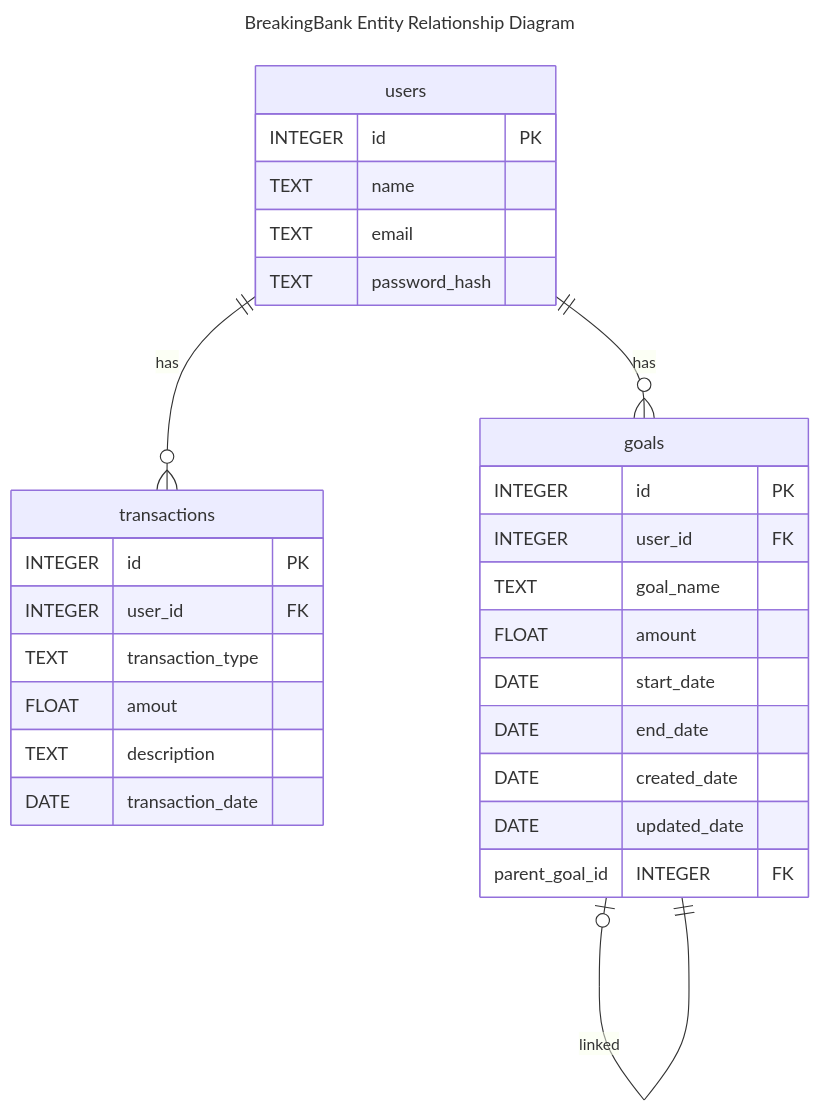
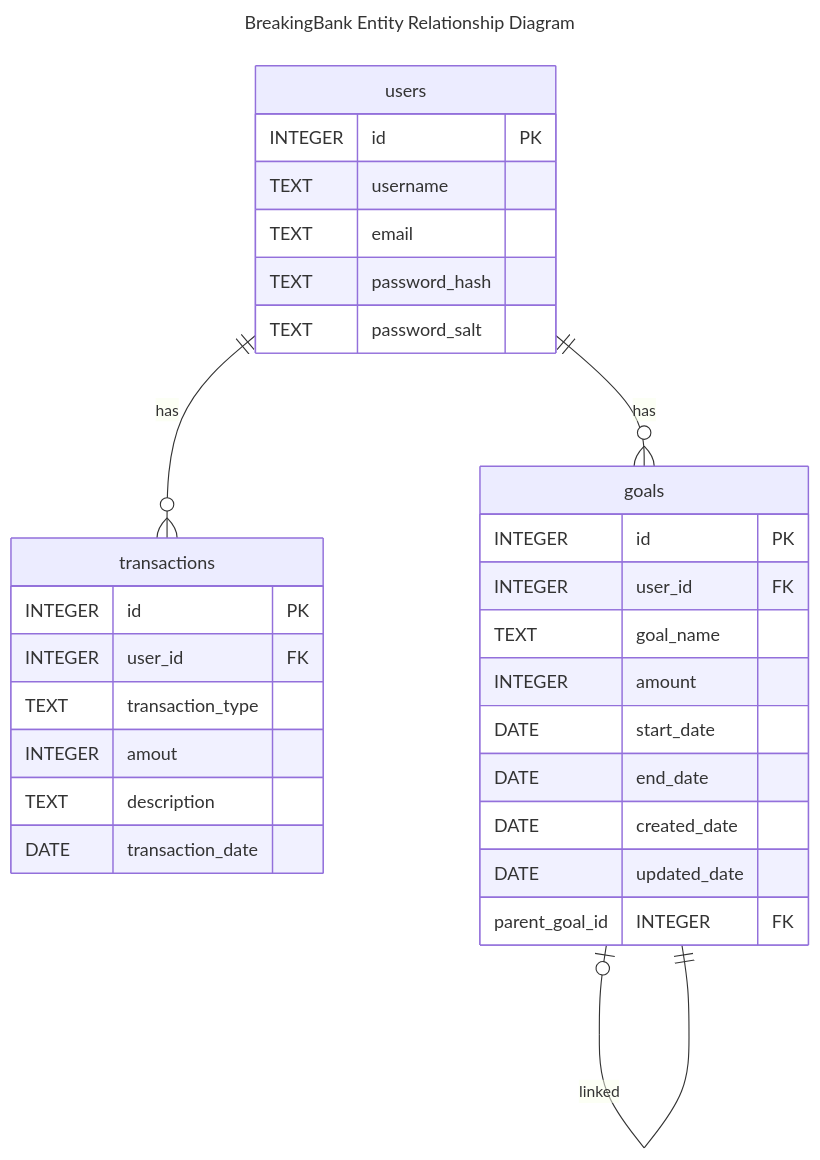
One commit to AlexandriaParkCS/2026-y12-SE-PhilipYaroshchyk-pwa-obsidian-portfolio changed the diagram in 02. My Portfolio/3. Application Design/AD-05 Entity Relationship Diagrams.md. Above: the diagram before and after it, drawn with Mermaid. The commit also changed 21 other files, not shown here.

````diff
--- a/02. My Portfolio/3. Application Design/AD-05 Entity Relationship Diagrams.md
+++ b/02. My Portfolio/3. Application Design/AD-05 Entity Relationship Diagrams.md
@@ -2,34 +2,35 @@
 ``` mermaid
 --- 
 title: BreakingBank Entity Relationship Diagram
 --- 
 erDiagram
     users one -- many transactions : has
     users {
         INTEGER id PK
-        TEXT name
+        TEXT username
         TEXT email
         TEXT password_hash
+        TEXT password_salt
     }
     transactions {
         INTEGER id PK
         INTEGER user_id FK
         TEXT transaction_type
-        FLOAT amout
+        INTEGER amout
         TEXT description
         DATE transaction_date
     }
     users one -- many goals : has
     goals one or zero -- one goals : linked
     goals {
 	    INTEGER id PK
 	    INTEGER user_id FK
 	    TEXT goal_name
-	    FLOAT amount
+	    INTEGER amount
 	    DATE start_date
 	    DATE end_date
 	    DATE created_date
 	    DATE updated_date
 	    parent_goal_id INTEGER FK
     }
 ```
````
